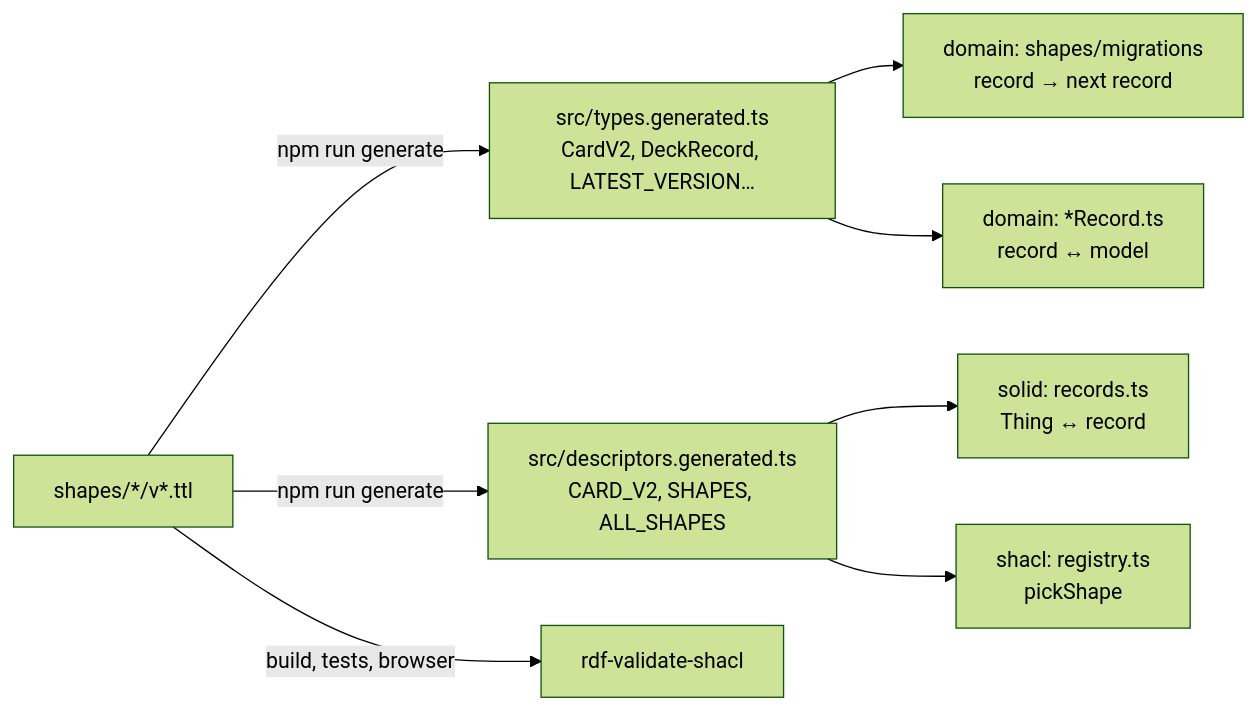
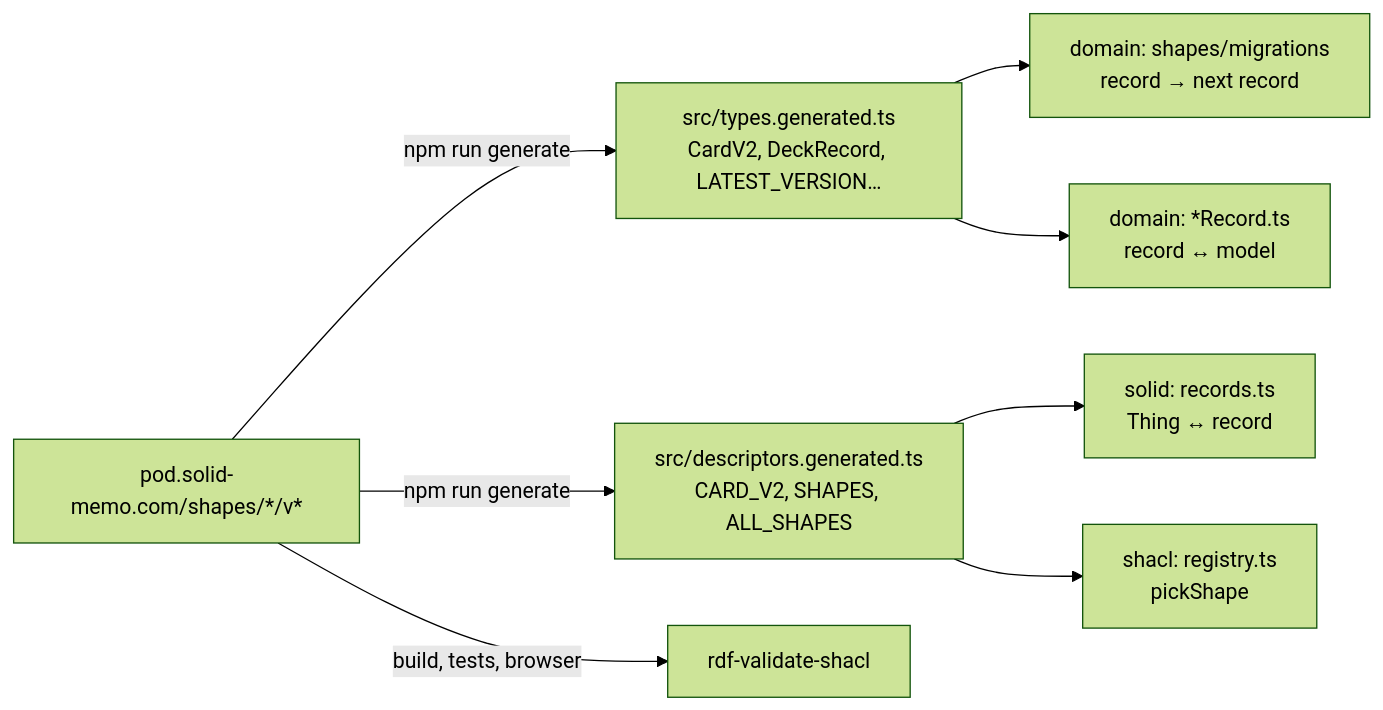
The diagram in docs/shapes.md (solid-memo/website), drawn with Mermaid (forest theme) before and after one commit. The commit also changed other lines of this file and 204 other files, not shown here.

````diff
--- a/docs/shapes.md
+++ b/docs/shapes.md
@@ -111,10 +116,10 @@
 ```mermaid
 flowchart LR
-    shapes["shapes/*/v*.ttl"] -->|npm run generate| types["src/types.generated.ts<br/>CardV2, DeckRecord, LATEST_VERSION…"]
+    shapes["pod.solid-memo.com/shapes/*/v*"] -->|npm run generate| types["src/types.generated.ts<br/>CardV2, DeckRecord, LATEST_VERSION…"]
     shapes -->|npm run generate| desc["src/descriptors.generated.ts<br/>CARD_V2, SHAPES, ALL_SHAPES"]
     types --> migrations["domain: shapes/migrations<br/>record → next record"]
     types --> records["domain: *Record.ts<br/>record ↔ model"]
     desc --> rw["solid: records.ts<br/>Thing ↔ record"]
     desc --> pick["shacl: registry.ts<br/>pickShape"]
     shapes -->|build, tests, browser| shacl["rdf-validate-shacl"]
 ```
````
